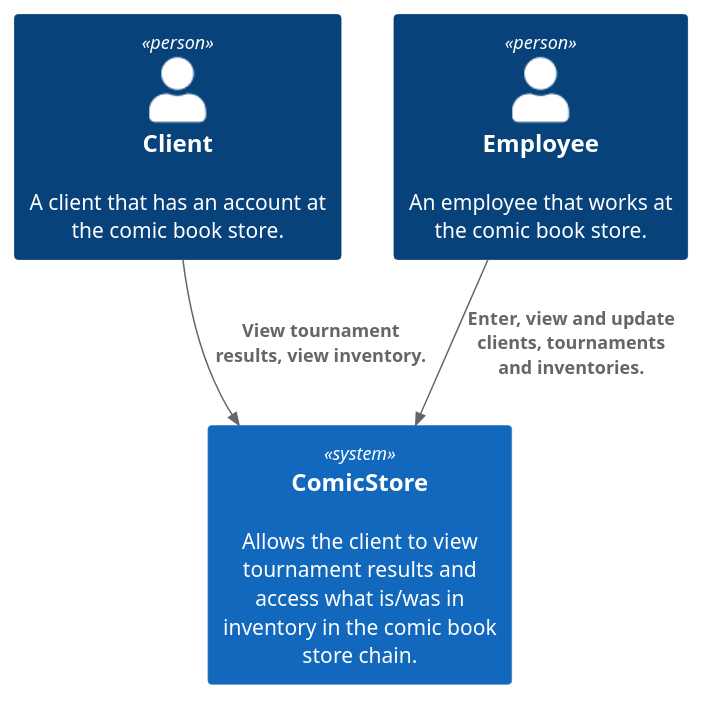
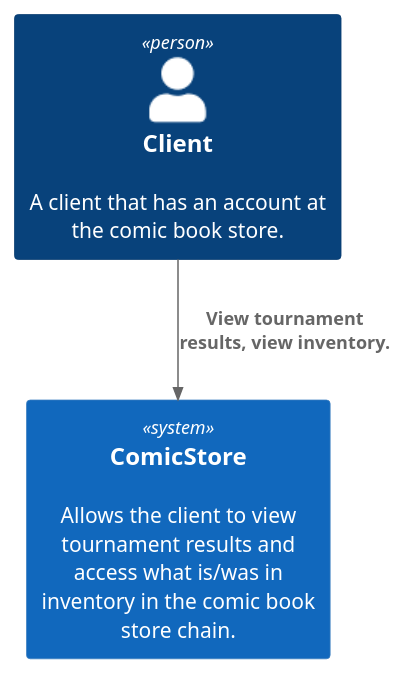
One commit to DylanBrass/ComicStore-MS changed the diagram in Diagrams/C4-L1/c4-level_01_client.puml. Above: the diagram before and after it, drawn with PlantUML. The commit also changed 61 other files, not shown here.

```diff
--- a/Diagrams/C4-L1/c4-level_01_client.puml
+++ b/Diagrams/C4-L1/c4-level_01_client.puml
@@ -1,13 +1,11 @@
 @startuml
 !includeurl https://raw.githubusercontent.com/RicardoNiepel/C4-PlantUML/master/C4_Context.puml
 Person(client, "Client", "A client that has an account at the comic book store.")
-Person(employee,"Employee","An employee that works at the comic book store.")
 System(system, "ComicStore", "Allows the client to view tournament results and access what is/was in inventory in the comic book store chain.")
 
 
 
-Rel(employee, system, "Enter, view and update clients, tournaments and inventories.")
 Rel(client, system, "View tournament results, view inventory.")
 
 
 @enduml
```
